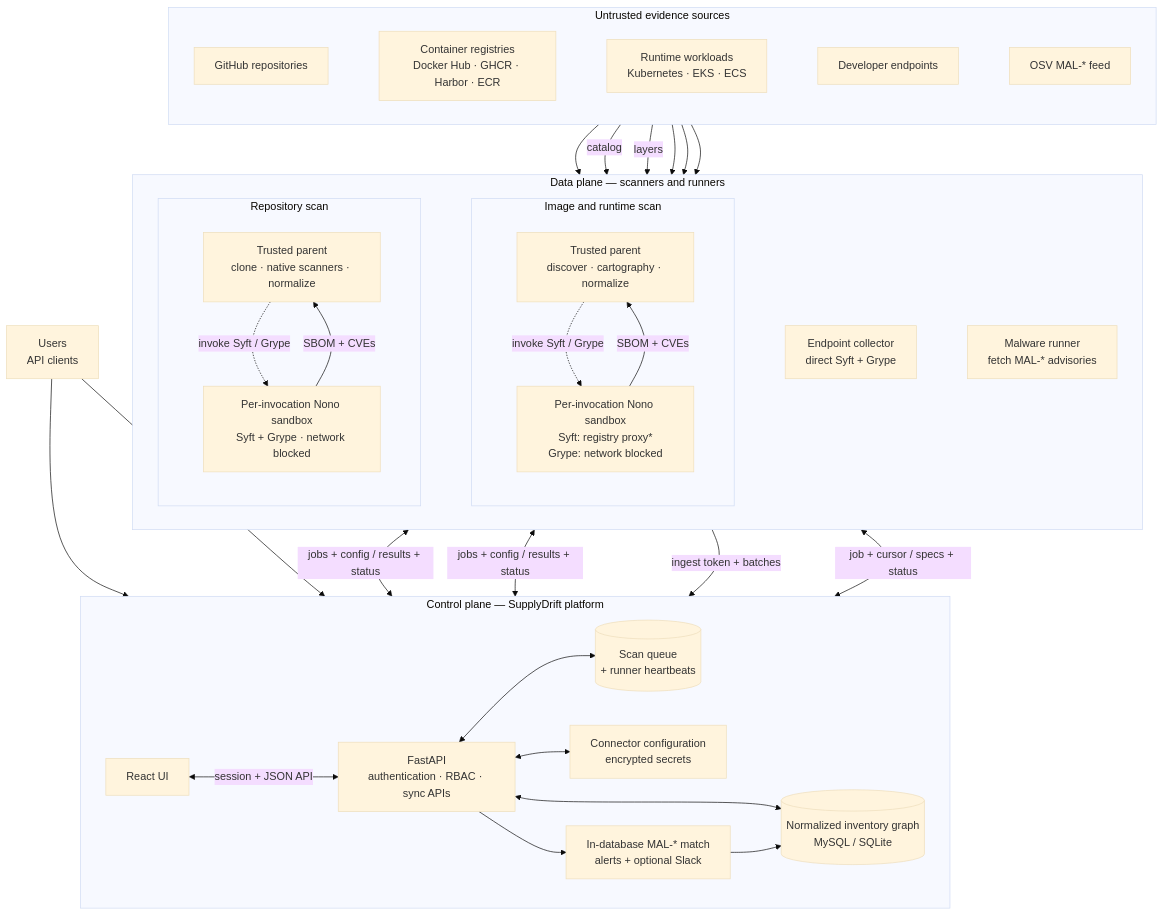
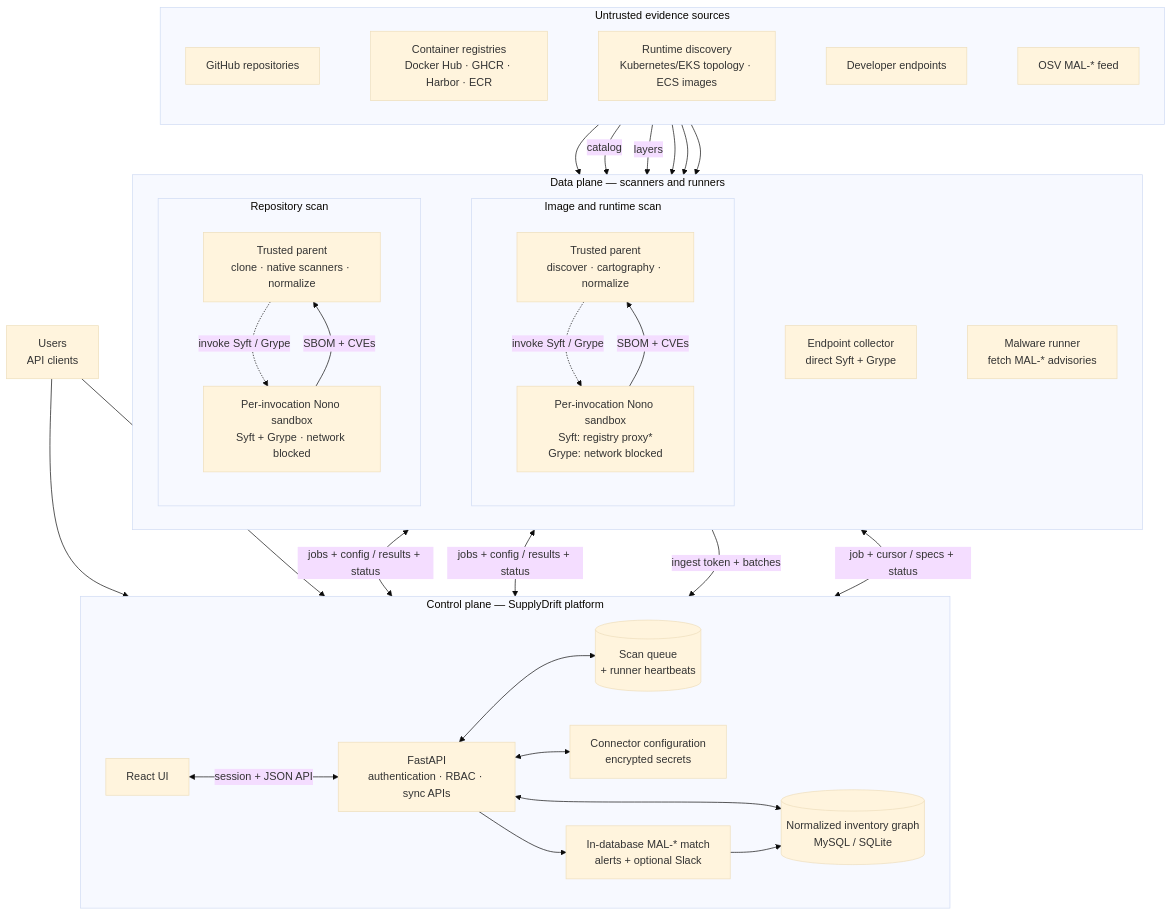
The diagram in README.md (suchithnarayan/SupplyDrift), drawn with Mermaid (base theme) before and after one commit. The commit also changed other lines of this file and 17 other files, not shown here.

````diff
--- a/README.md
+++ b/README.md
@@ -45,78 +48,78 @@
 ```mermaid
 flowchart TB
   people["Users<br/>API clients"]
 
   subgraph evidence["Untrusted evidence sources"]
     direction LR
     repositories["GitHub repositories"]
     registries["Container registries<br/>Docker Hub · GHCR · Harbor · ECR"]
-    workloads["Runtime workloads<br/>Kubernetes · EKS · ECS"]
+    workloads["Runtime discovery<br/>Kubernetes/EKS topology · ECS images"]
     endpoints["Developer endpoints"]
     osv["OSV MAL-* feed"]
 
     repositories ~~~ registries
     registries ~~~ workloads
     workloads ~~~ endpoints
     endpoints ~~~ osv
   end
 
   subgraph data_plane["Data plane — scanners and runners"]
     direction LR
 
     subgraph repository_scan["Repository scan"]
       direction TB
       repo_runner["Trusted parent<br/>clone · native scanners · normalize"]
       repo_sandbox["Per-invocation Nono sandbox<br/>Syft + Grype · network blocked"]
       repo_runner -. "invoke Syft / Grype" .-> repo_sandbox
       repo_sandbox -->|"SBOM + CVEs"| repo_runner
     end
 
     subgraph image_scan["Image and runtime scan"]
       direction TB
       image_runner["Trusted parent<br/>discover · cartography · normalize"]
       image_sandbox["Per-invocation Nono sandbox<br/>Syft: registry proxy*<br/>Grype: network blocked"]
       image_runner -. "invoke Syft / Grype" .-> image_sandbox
       image_sandbox -->|"SBOM + CVEs"| image_runner
     end
 
     endpoint_collector["Endpoint collector<br/>direct Syft + Grype"]
     malware_runner["Malware runner<br/>fetch MAL-* advisories"]
 
     repo_runner ~~~ image_runner
     image_runner ~~~ endpoint_collector
     endpoint_collector ~~~ malware_runner
     repo_sandbox ~~~ image_sandbox
   end
 
   subgraph control_plane["Control plane — SupplyDrift platform"]
     direction LR
     web["React UI"]
     api["FastAPI<br/>authentication · RBAC · sync APIs"]
     scan_state[(Scan queue<br/>+ runner heartbeats)]
     connector_data["Connector configuration<br/>encrypted secrets"]
     inventory[(Normalized inventory graph<br/>MySQL / SQLite)]
     malware_match["In-database MAL-* match<br/>alerts + optional Slack"]
 
     web <-->|"session + JSON API"| api
     api <--> scan_state
     api <--> connector_data
     api <--> inventory
     api --> malware_match
     malware_match --> inventory
   end
 
   people --> web
   people --> api
 
   repositories --> repo_runner
   registries -->|"catalog"| image_runner
   registries -->|"layers"| image_sandbox
   workloads --> image_runner
   endpoints --> endpoint_collector
   osv --> malware_runner
 
   repo_runner <-->|"jobs + config / results + status"| api
   image_runner <-->|"jobs + config / results + status"| api
   endpoint_collector -->|"ingest token + batches"| api
   malware_runner <-->|"job + cursor / specs + status"| api
 ```
````
